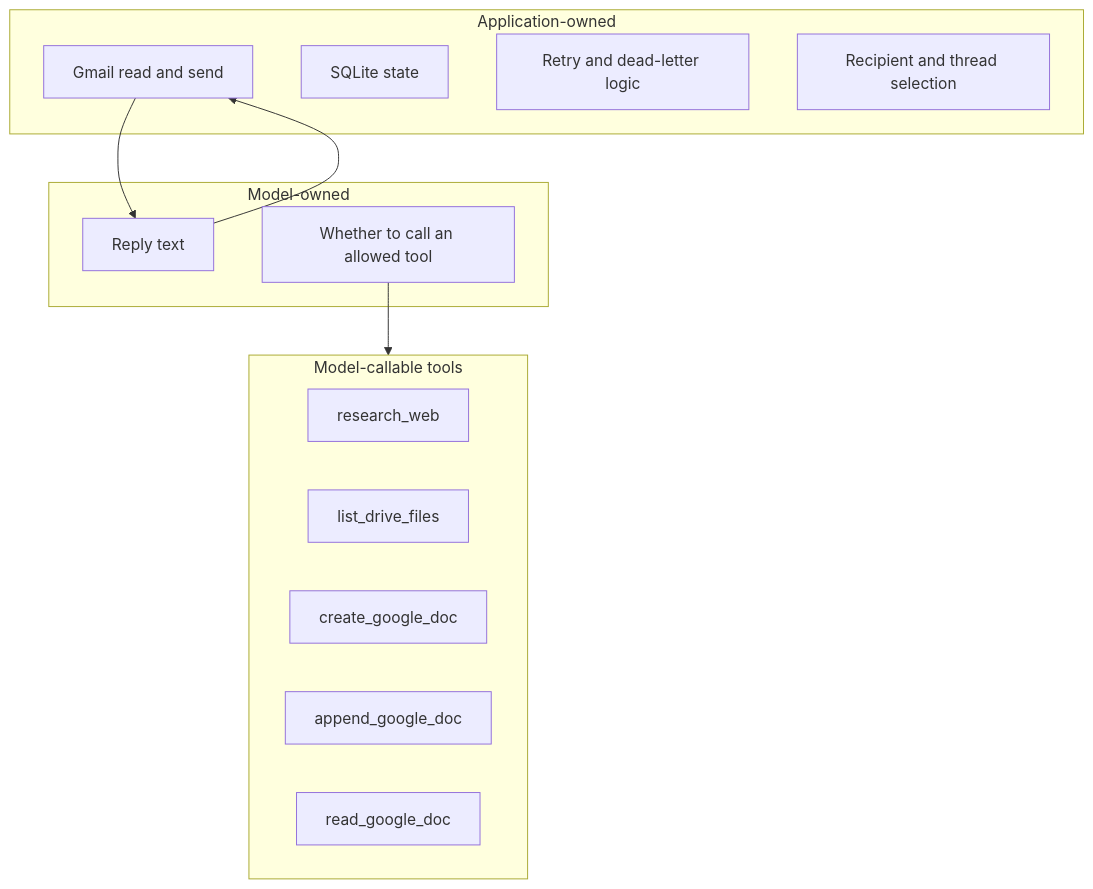
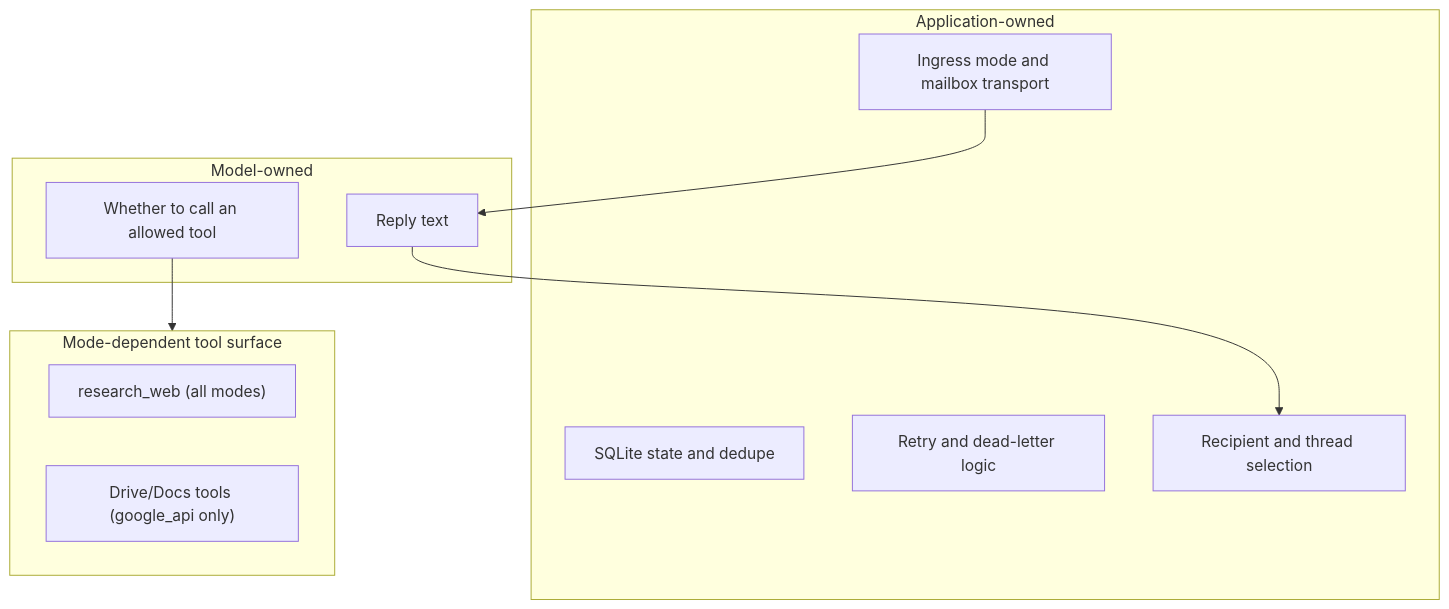
The third of 3 diagrams in docs/architecture.md (LunarMothStudios/Canna-Mailroom), drawn with Mermaid before and after one commit. The commit also changed other lines of this file and 30 other files, not shown here.

````diff
--- a/docs/architecture.md
+++ b/docs/architecture.md
@@ -83,26 +96,23 @@
 ```mermaid
 flowchart TB
     subgraph AppOwned["Application-owned"]
-        GmailIO["Gmail read and send"]
-        State["SQLite state"]
+        Ingress["Ingress mode and mailbox transport"]
+        State["SQLite state and dedupe"]
         Retry["Retry and dead-letter logic"]
         Recipient["Recipient and thread selection"]
     end
 
     subgraph ModelOwned["Model-owned"]
         Reply["Reply text"]
         ToolChoice["Whether to call an allowed tool"]
     end
 
-    subgraph AllowedTools["Model-callable tools"]
-        Web["research_web"]
-        DriveList["list_drive_files"]
-        DocCreate["create_google_doc"]
-        DocAppend["append_google_doc"]
-        DocRead["read_google_doc"]
+    subgraph ToolSurface["Mode-dependent tool surface"]
+        Web["research_web (all modes)"]
+        Workspace["Drive/Docs tools (google_api only)"]
     end
 
-    GmailIO --> Reply
-    Reply --> GmailIO
-    ToolChoice --> AllowedTools
+    Ingress --> Reply
+    Reply --> Recipient
+    ToolChoice --> ToolSurface
 ```
````
